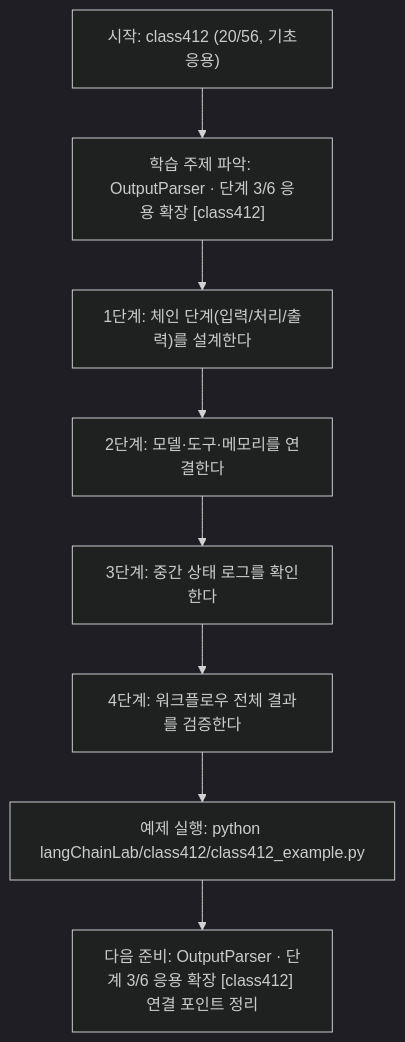
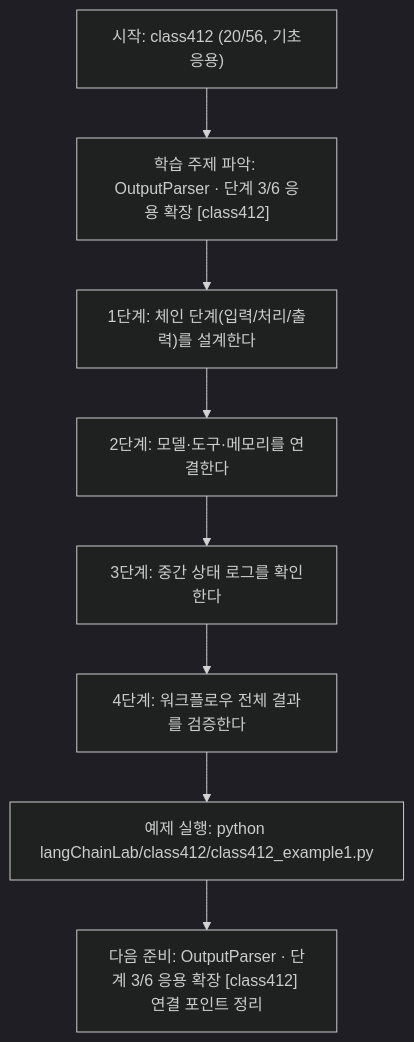
The diagram in langChainLab/class412/class412.md (edumgt/Python-AI_Agent-Class), drawn with Mermaid (dark theme) before and after one commit. The commit also changed other lines of this file and 2959 other files, not shown here.

````diff
--- a/langChainLab/class412/class412.md
+++ b/langChainLab/class412/class412.md
@@ -108,18 +108,18 @@
 ```mermaid
 flowchart TD
 N1["시작: class412 (20/56, 기초응용)"]
 N2["학습 주제 파악: OutputParser · 단계 3/6 응용 확장 [class412]"]
 N3["1단계: 체인 단계(입력/처리/출력)를 설계한다"]
 N4["2단계: 모델·도구·메모리를 연결한다"]
 N5["3단계: 중간 상태 로그를 확인한다"]
 N6["4단계: 워크플로우 전체 결과를 검증한다"]
-N7["예제 실행: python langChainLab/class412/class412_example.py"]
+N7["예제 실행: python langChainLab/class412/class412_example1.py"]
 N8["다음 준비: OutputParser · 단계 3/6 응용 확장 [class412] 연결 포인트 정리"]
 N1 --> N2
 N2 --> N3
 N3 --> N4
 N4 --> N5
 N5 --> N6
 N6 --> N7
 N7 --> N8
 ```
````
